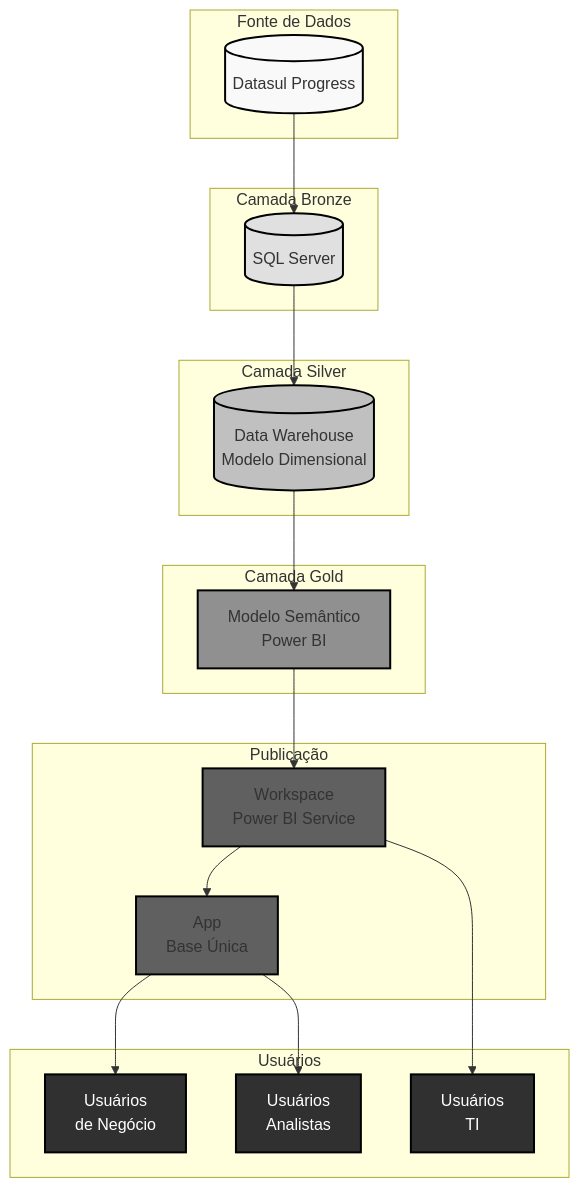
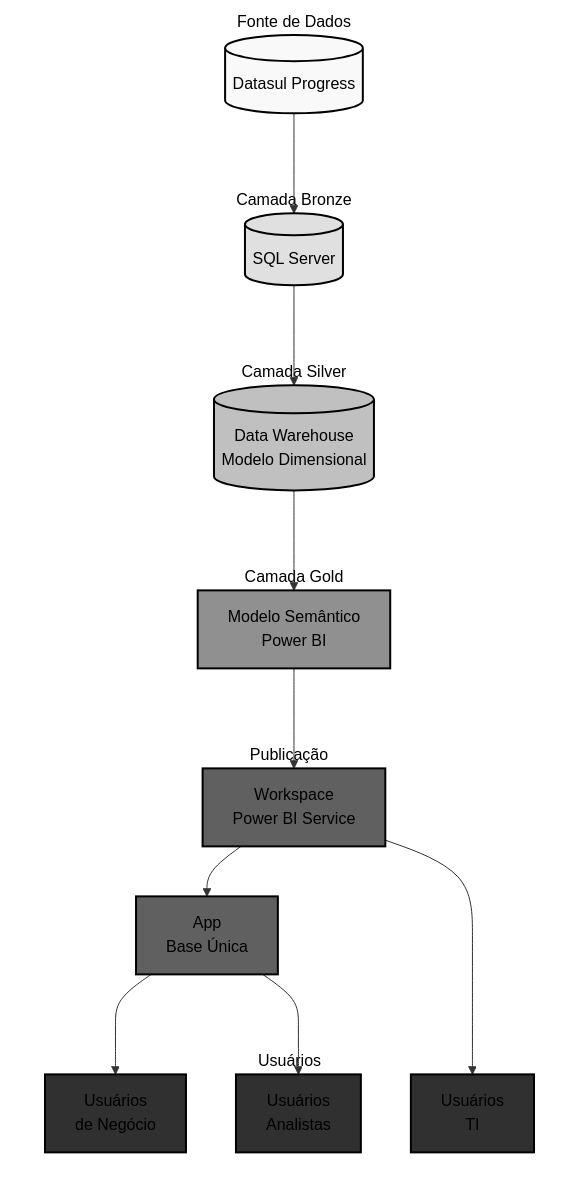
Before and after one commit to e-plo/nxs-powerbi: the diagram in docs/nxs-governance-pbi.md, drawn with Mermaid. The commit also changed other lines of this file, not shown here.

First line of the commit message:
style: update mermaid diagram text color

````diff
--- a/docs/nxs-governance-pbi.md
+++ b/docs/nxs-governance-pbi.md
@@ -16,51 +16,55 @@
 ```mermaid
 flowchart TD
-    %% High contrast grayscale theme
-    classDef source fill:#f9f9f9,stroke:#000000,stroke-width:2px
-    classDef bronze fill:#e0e0e0,stroke:#000000,stroke-width:2px
-    classDef silver fill:#c0c0c0,stroke:#000000,stroke-width:2px
-    classDef gold fill:#909090,stroke:#000000,stroke-width:2px
-    classDef publish fill:#606060,stroke:#000000,stroke-width:2px
-    classDef users fill:#303030,stroke:#000000,stroke-width:2px,color:#ffffff
+    %% High contrast grayscale theme with black text
+    classDef source fill:#f9f9f9,stroke:#000000,stroke-width:2px,color:#000000
+    classDef bronze fill:#e0e0e0,stroke:#000000,stroke-width:2px,color:#000000
+    classDef silver fill:#c0c0c0,stroke:#000000,stroke-width:2px,color:#000000
+    classDef gold fill:#909090,stroke:#000000,stroke-width:2px,color:#000000
+    classDef publish fill:#606060,stroke:#000000,stroke-width:2px,color:#000000
+    classDef users fill:#303030,stroke:#000000,stroke-width:2px,color:#000000
 
     subgraph Fonte["Fonte de Dados"]
         DS[(Datasul Progress)]
         class DS source
     end
 
     subgraph Bronze["Camada Bronze"]
         SQLServer[(SQL Server)]
         class SQLServer bronze
         DS --> SQLServer
     end
 
     subgraph Silver["Camada Silver"]
         DW[("Data Warehouse\nModelo Dimensional")]
         class DW silver
         SQLServer --> DW
     end
 
     subgraph Gold["Camada Gold"]
         SM["Modelo Semântico\nPower BI"]
         class SM gold
         DW --> SM
     end
 
     subgraph Publicacao["Publicação"]
         WS["Workspace\nPower BI Service"]
         APP["App\nBase Única"]
         class WS,APP publish
         SM --> WS
         WS --> APP
     end
 
     subgraph Usuarios["Usuários"]
         UN["Usuários\nde Negócio"]
         UA["Usuários\nAnalistas"]
         UT["Usuários\nTI"]
         class UN,UA,UT users
         APP --> UN
         APP --> UA
         WS --> UT
     end
+
+    %% Style for subgraph titles
+    classDef subgraphStyle fill:none,stroke:none,color:black
+    class Fonte,Bronze,Silver,Gold,Publicacao,Usuarios subgraphStyle
 ```
````
